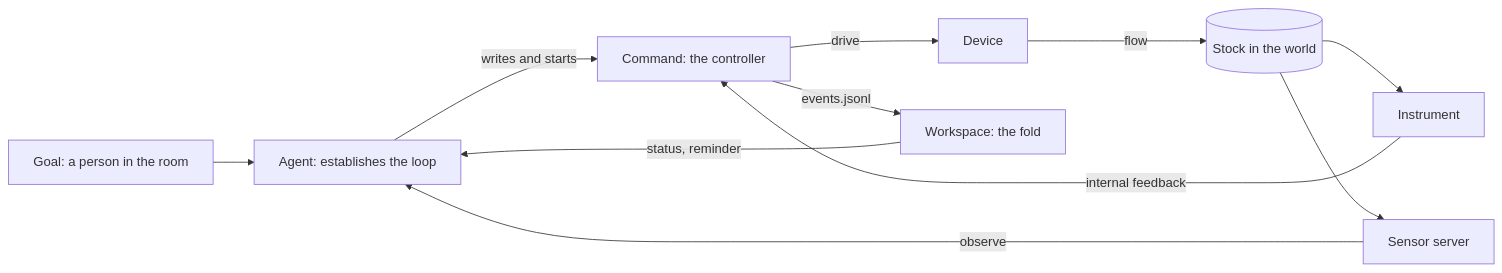
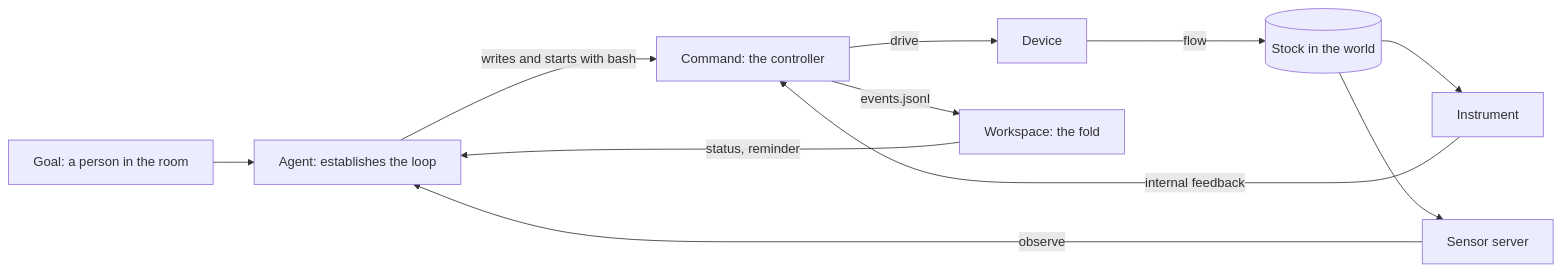
One commit to ambionframework/ambion changed the diagram in docs/actuators.md. Above: the diagram before and after it, drawn with Mermaid. The commit also changed other lines of this file and 7 other files, not shown here.

````diff
--- a/docs/actuators.md
+++ b/docs/actuators.md
@@ -79,13 +52,13 @@
 ```mermaid
 flowchart LR
   goal[Goal: a person in the room] --> agent[Agent: establishes the loop]
-  agent -- writes and starts --> command[Command: the controller]
+  agent -- writes and starts with bash --> command[Command: the controller]
   command -- drive --> device[Device]
   device -- flow --> stock[(Stock in the world)]
   stock --> instrument[Instrument]
   instrument -- internal feedback --> command
   command -- events.jsonl --> fold[Workspace: the fold]
   fold -- status, reminder --> agent
   stock --> sensor[Sensor server]
   sensor -- observe --> agent
 ```
````
